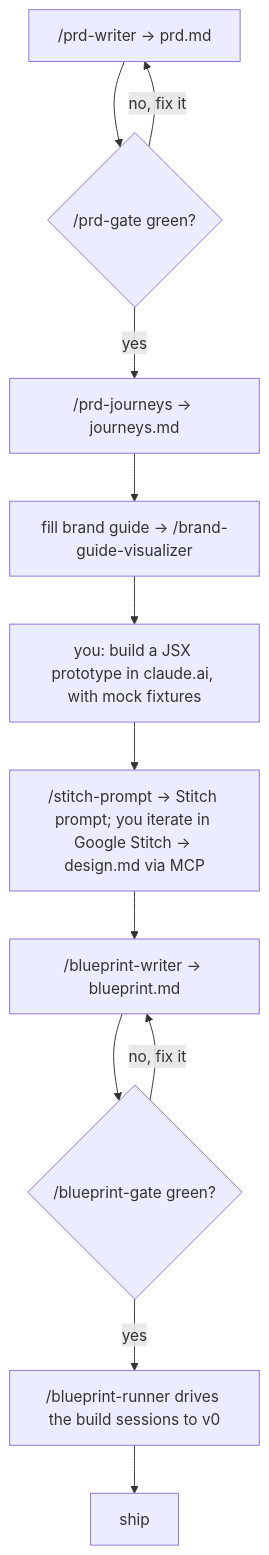
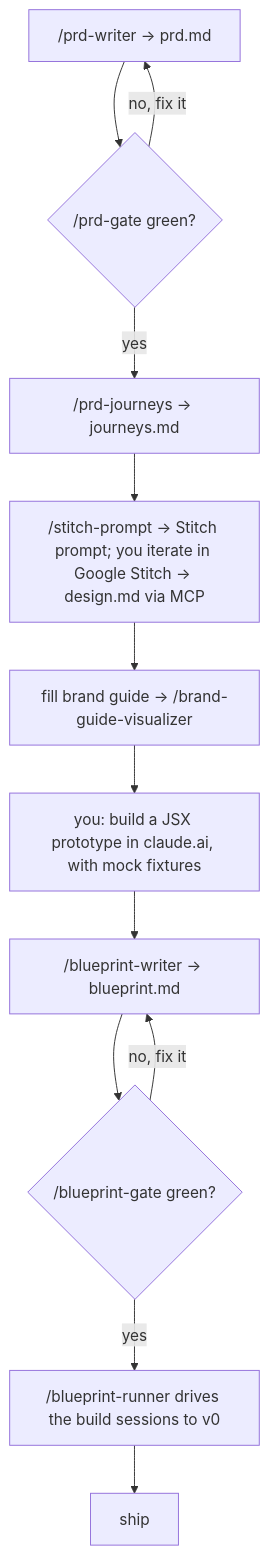
The diagram in README.md (v60samurai/builder-os), drawn with Mermaid before and after one commit. The commit also changed other lines of this file and 7 other files, not shown here.

````diff
--- a/README.md
+++ b/README.md
@@ -125,14 +125,14 @@
 ```mermaid
 flowchart TD
     A["/prd-writer → prd.md"] --> B{"/prd-gate green?"}
     B -->|no, fix it| A
     B -->|yes| C["/prd-journeys → journeys.md"]
-    C --> D["fill brand guide → /brand-guide-visualizer"]
+    C --> F["/stitch-prompt → Stitch prompt; you iterate in Google Stitch → design.md via MCP"]
+    F --> D["fill brand guide → /brand-guide-visualizer"]
     D --> E["you: build a JSX prototype in claude.ai, with mock fixtures"]
-    E --> F["/stitch-prompt → Stitch prompt; you iterate in Google Stitch → design.md via MCP"]
-    F --> G["/blueprint-writer → blueprint.md"]
+    E --> G["/blueprint-writer → blueprint.md"]
     G --> H{"/blueprint-gate green?"}
     H -->|no, fix it| G
     H -->|yes| I["/blueprint-runner drives the build sessions to v0"]
     I --> J["ship"]
 ```
````
